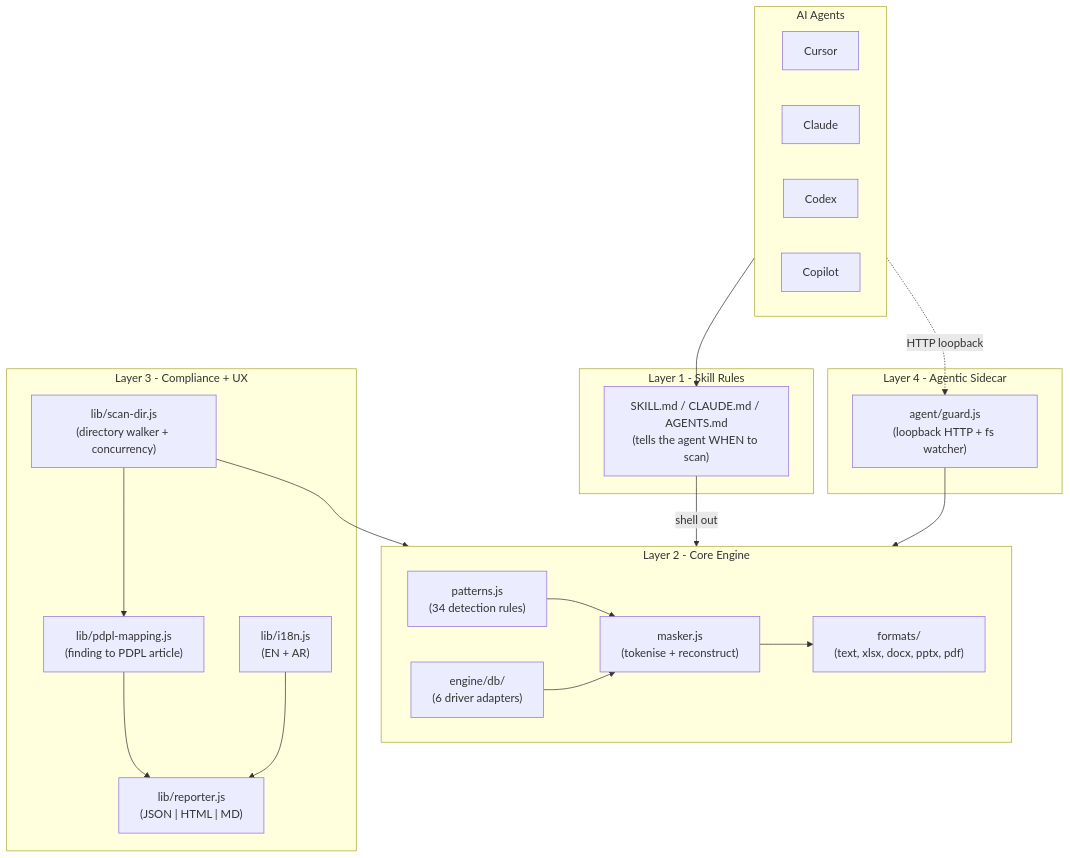
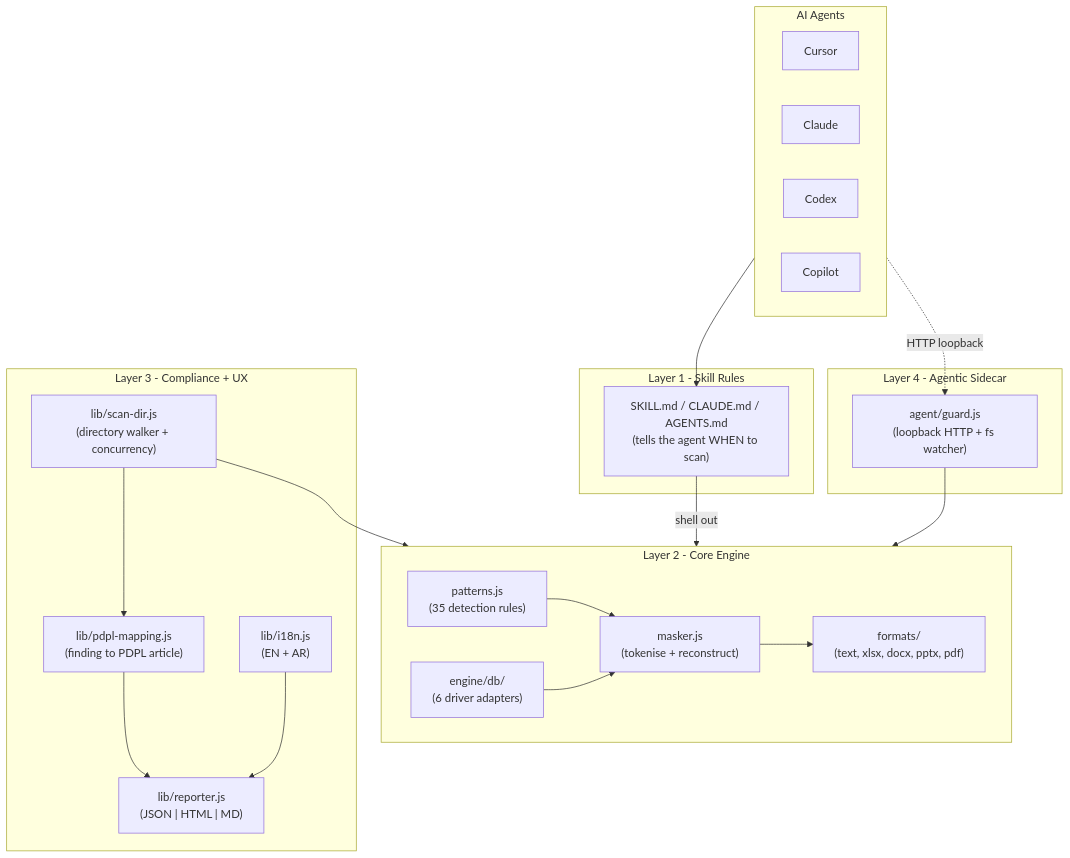
One commit to Muhammadatef/kakashi changed the first of 4 diagrams in docs/ARCHITECTURE.md. Above: the diagram before and after it, drawn with Mermaid. The commit also changed other lines of this file and 7 other files, not shown here.

````diff
--- a/docs/ARCHITECTURE.md
+++ b/docs/ARCHITECTURE.md
@@ -11,39 +11,39 @@
 ```mermaid
 flowchart TB
   subgraph L1 [Layer 1 - Skill Rules]
     SkillMD["SKILL.md / CLAUDE.md / AGENTS.md<br/>(tells the agent WHEN to scan)"]
   end
   subgraph L2 [Layer 2 - Core Engine]
-    Patterns["patterns.js<br/>(34 detection rules)"]
+    Patterns["patterns.js<br/>(35 detection rules)"]
     Masker["masker.js<br/>(tokenise + reconstruct)"]
     Formats["formats/<br/>(text, xlsx, docx, pptx, pdf)"]
     DB["engine/db/<br/>(6 driver adapters)"]
     Patterns --> Masker
     Masker --> Formats
     DB --> Masker
   end
   subgraph L3 [Layer 3 - Compliance + UX]
     Pdpl["lib/pdpl-mapping.js<br/>(finding to PDPL article)"]
     Reporter["lib/reporter.js<br/>(JSON | HTML | MD)"]
     ScanDir["lib/scan-dir.js<br/>(directory walker + concurrency)"]
     I18n["lib/i18n.js<br/>(EN + AR)"]
     Pdpl --> Reporter
     ScanDir --> Pdpl
     I18n --> Reporter
   end
   subgraph L4 [Layer 4 - Agentic Sidecar]
     Guard["agent/guard.js<br/>(loopback HTTP + fs watcher)"]
   end
   subgraph AGENTS [AI Agents]
     Cursor
     Claude
     Codex
     Copilot
   end
 
   AGENTS --> SkillMD
   SkillMD -->|shell out| L2
   ScanDir --> L2
   Guard --> L2
   AGENTS -.HTTP loopback.-> Guard
 ```
````
